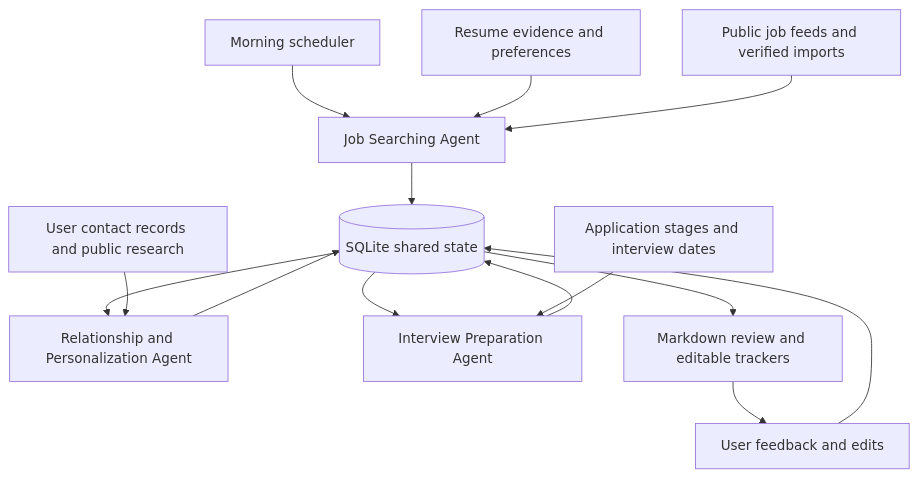
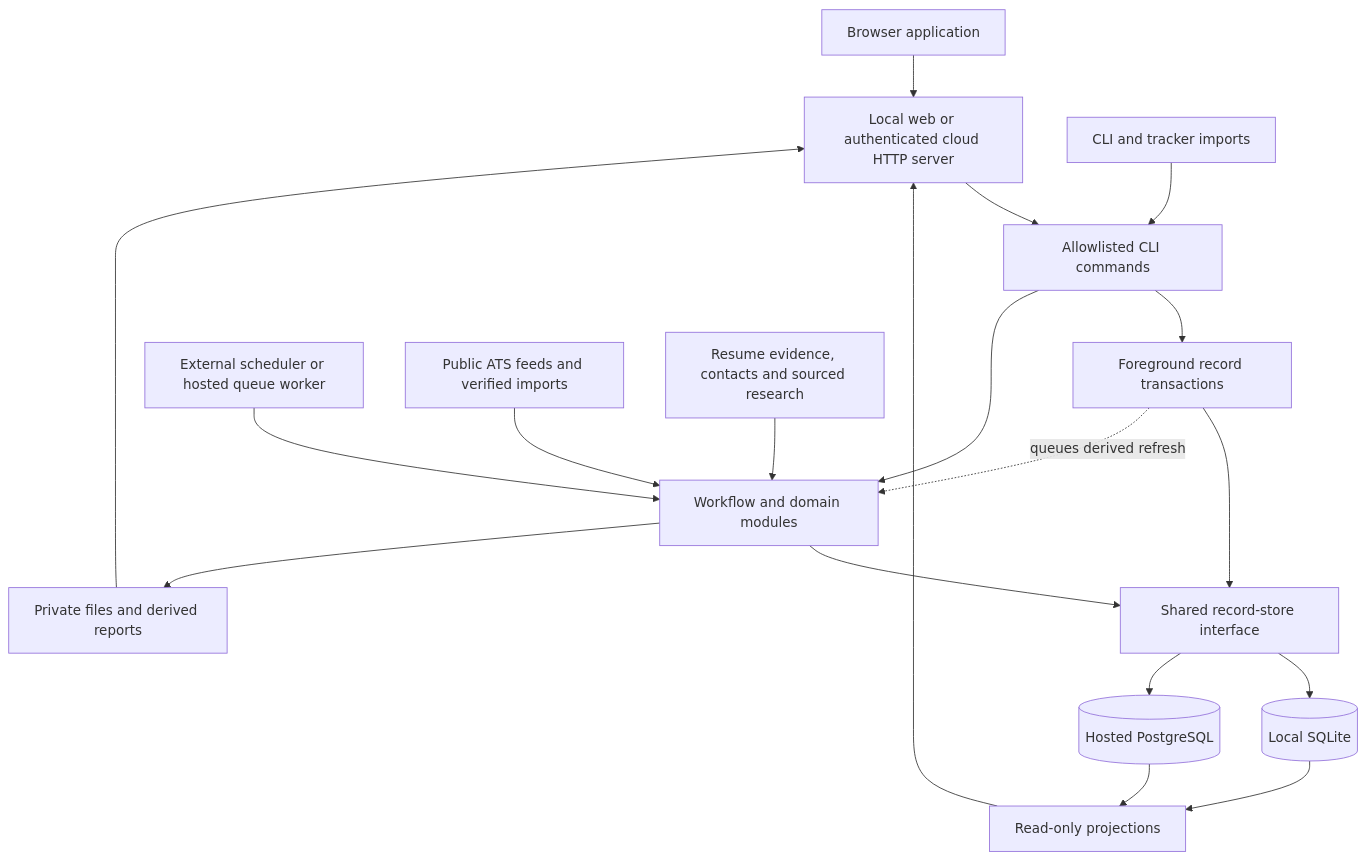
The diagram in ARCHITECTURE.md (yijiem/agentic-job-search), drawn with Mermaid before and after one commit. The commit also changed other lines of this file and 516 other files, not shown here.

Commit message:
Add local and hosted web app and document shared architecture

````diff
--- a/ARCHITECTURE.md
+++ b/ARCHITECTURE.md
@@ -3,16 +7,21 @@
 ```mermaid
 flowchart TD
-  S[Morning scheduler] --> J[Job Searching Agent]
-  P[Resume evidence and preferences] --> J
-  F[Public job feeds and verified imports] --> J
-  J --> DB[(SQLite shared state)]
-  DB --> R[Relationship and Personalization Agent]
-  C[User contact records and public research] --> R
-  R --> DB
-  DB --> I[Interview Preparation Agent]
-  T[Application stages and interview dates] --> I
-  I --> DB
-  DB --> V[Markdown review and editable trackers]
-  V --> U[User feedback and edits]
-  U --> DB
+  UI[Browser application] --> HTTP[Local web or authenticated cloud HTTP server]
+  HTTP --> CLI[Allowlisted CLI commands]
+  USER[CLI and tracker imports] --> CLI
+  CLI --> EDIT[Foreground record transactions]
+  CLI --> CORE[Workflow and domain modules]
+  TIMER[External scheduler or hosted queue worker] --> CORE
+  FEEDS[Public ATS feeds and verified imports] --> CORE
+  EVIDENCE[Resume evidence, contacts and sourced research] --> CORE
+  EDIT --> STORE[Shared record-store interface]
+  CORE --> STORE
+  STORE --> LOCAL[(Local SQLite)]
+  STORE --> REMOTE[(Hosted PostgreSQL)]
+  CORE --> FILES[Private files and derived reports]
+  EDIT -. queues derived refresh .-> CORE
+  LOCAL --> READ[Read-only projections]
+  REMOTE --> READ
+  READ --> HTTP
+  FILES --> HTTP
 ```
````
